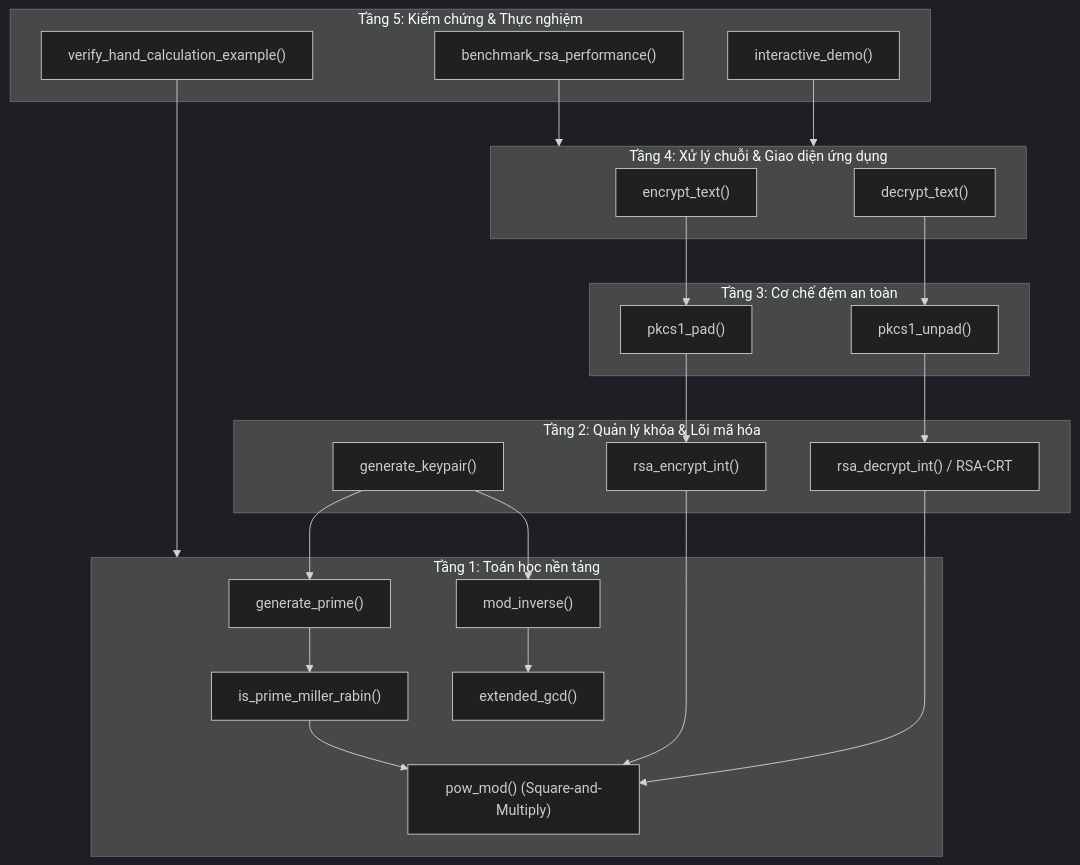
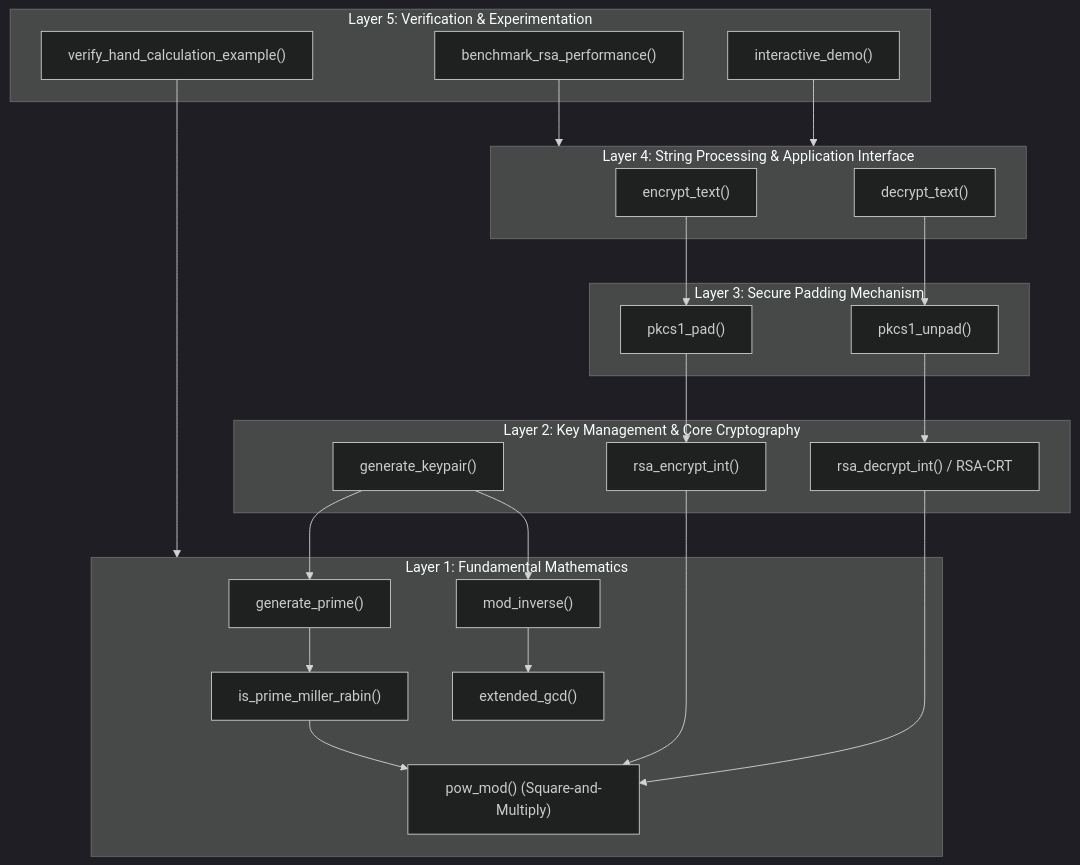
The third of 4 diagrams in docs/bao_cao_rsa.md (thuann2212/IS-TEXT-), drawn with Mermaid (dark theme) before and after one commit. The commit also changed other lines of this file and 5 other files, not shown here.

````diff
--- a/docs/bao_cao_rsa.md
+++ b/docs/bao_cao_rsa.md
@@ -451,43 +451,43 @@
 ```mermaid
 graph TD
-    subgraph L5["Tầng 5: Kiểm chứng & Thực nghiệm"]
+    subgraph L5["Layer 5: Verification & Experimentation"]
         V["verify_hand_calculation_example()"]
         B["benchmark_rsa_performance()"]
         I["interactive_demo()"]
     end
-    subgraph L4["Tầng 4: Xử lý chuỗi & Giao diện ứng dụng"]
+    subgraph L4["Layer 4: String Processing & Application Interface"]
         ET["encrypt_text()"]
         DT["decrypt_text()"]
     end
-    subgraph L3["Tầng 3: Cơ chế đệm an toàn"]
+    subgraph L3["Layer 3: Secure Padding Mechanism"]
         P1["pkcs1_pad()"]
         UP1["pkcs1_unpad()"]
     end
-    subgraph L2["Tầng 2: Quản lý khóa & Lõi mã hóa"]
+    subgraph L2["Layer 2: Key Management & Core Cryptography"]
         GK["generate_keypair()"]
         RE["rsa_encrypt_int()"]
         RD["rsa_decrypt_int() / RSA-CRT"]
     end
-    subgraph L1["Tầng 1: Toán học nền tảng"]
+    subgraph L1["Layer 1: Fundamental Mathematics"]
         PM["pow_mod() (Square-and-Multiply)"]
         EG["extended_gcd()"]
         MI["mod_inverse()"]
         MR["is_prime_miller_rabin()"]
         GP["generate_prime()"]
     end
 
     ET --> P1
     DT --> UP1
     P1 --> RE
     UP1 --> RD
     RE --> PM
     RD --> PM
     GK --> GP
     GK --> MI
     GP --> MR
     MR --> PM
     MI --> EG
     V --> L1
     B --> L4
     I --> L4
 ```
````
